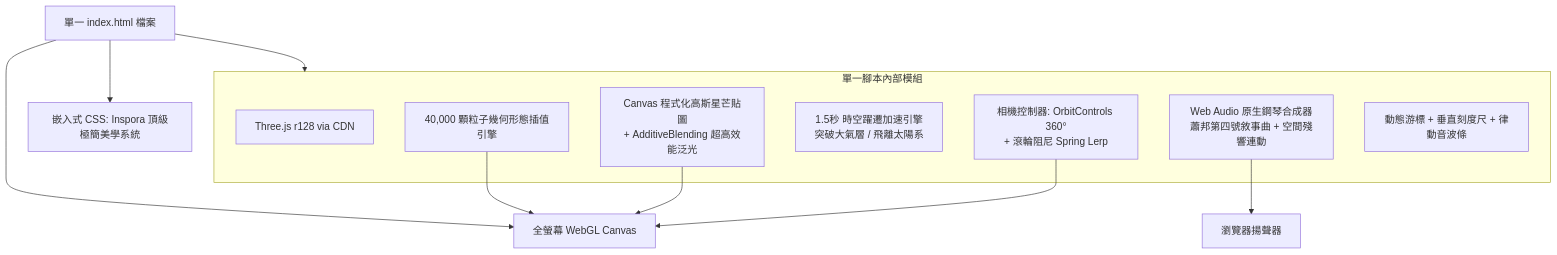
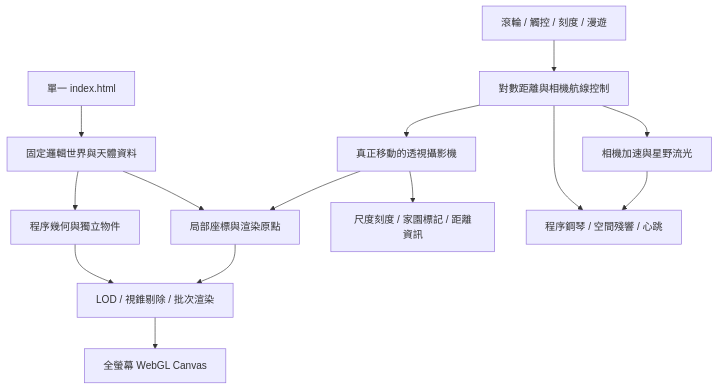
One commit to zhi816/Main- changed the diagram in spec.md. Above: the diagram before and after it, drawn with Mermaid. The commit also changed other lines of this file, not shown here.

Commit message:
fix: index v3

````diff
--- a/spec.md
+++ b/spec.md
@@ -34,21 +107,16 @@
-```mermaid
+~~~mermaid
 flowchart TD
-    HTML[單一 index.html 檔案] --> WebGLCanvas[全螢幕 WebGL Canvas]
-    HTML --> Style[嵌入式 CSS: Inspora 頂級極簡美學系統]
-    HTML --> Script[嵌入式 JavaScript 引擎]
-    
-    subgraph Script[單一腳本內部模組]
-        ThreeJS[Three.js r128 via CDN]
-        GlowEngine[Canvas 程式化高斯星芒貼圖<br>+ AdditiveBlending 超高效能泛光]
-        Controls[相機控制器: OrbitControls 360°<br>+ 滾輪阻尼 Spring Lerp]
-        WarpManager[1.5秒 時空躍遷加速引擎<br>突破大氣層 / 飛離太陽系]
-        ParticleEngine[40,000 顆粒子幾何形態插值引擎]
-        ChopinAudioEngine[Web Audio 原生鋼琴合成器<br>蕭邦第四號敘事曲 + 空間殘響連動]
-        InteractiveUI[動態游標 + 垂直刻度尺 + 律動音波條]
-    end
-
-    ParticleEngine --> WebGLCanvas
-    GlowEngine --> WebGLCanvas
-    Controls --> WebGLCanvas
-    ChopinAudioEngine --> Speaker[瀏覽器揚聲器]
-```
+    HTML[單一 index.html] --> World[固定邏輯世界與天體資料]
+    World --> Geometry[程序幾何與獨立物件]
+    Input[滾輪 / 觸控 / 刻度 / 漫遊] --> Dolly[對數距離與相機航線控制]
+    Dolly --> Camera[真正移動的透視攝影機]
+    World --> Precision[局部座標與渲染原點]
+    Camera --> Precision
+    Geometry --> LOD[LOD / 視錐剔除 / 批次渲染]
+    Precision --> LOD
+    LOD --> Canvas[全螢幕 WebGL Canvas]
+    Camera --> HUD[尺度刻度 / 家園標記 / 距離資訊]
+    Dolly --> Warp[相機加速與星野流光]
+    Dolly --> Audio[程序鋼琴 / 空間殘響 / 心跳]
+    Warp --> Audio
+~~~
````
